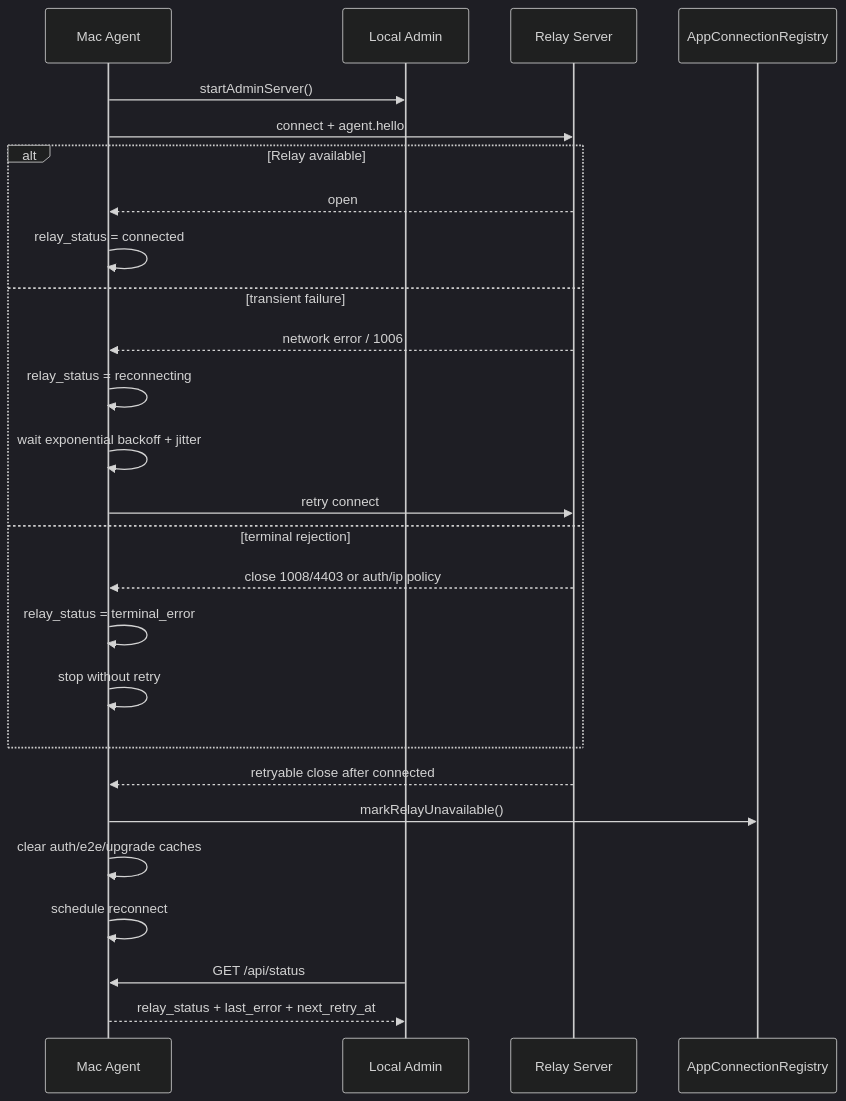
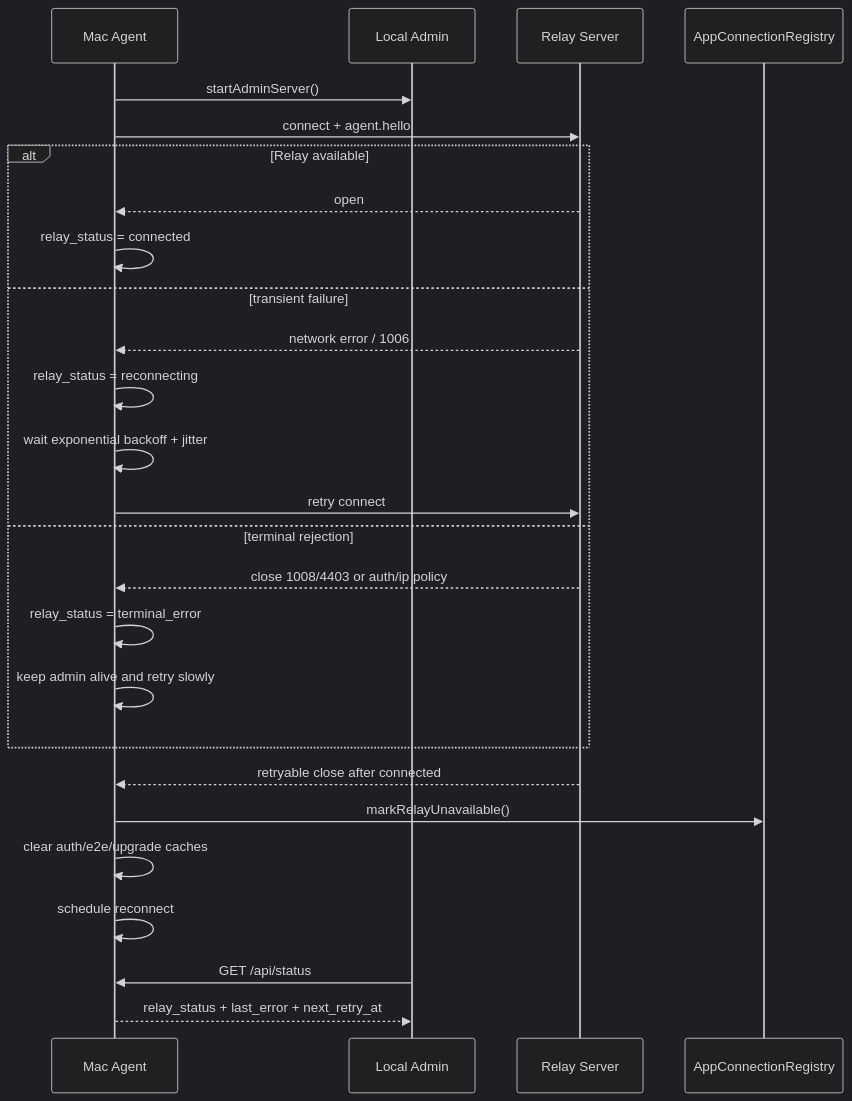
One commit to zhangbozhb/OmniWork changed the second of 2 diagrams in docs/app-installation.md. Above: the diagram before and after it, drawn with Mermaid (dark theme). The commit also changed other lines of this file and 1 other file, not shown here.

Commit message:
fix(mac-agent): keep agent alive on relay failures

````diff
--- a/docs/app-installation.md
+++ b/docs/app-installation.md
@@ -331,30 +331,30 @@
 ```mermaid
 sequenceDiagram
     participant Agent as Mac Agent
     participant Admin as Local Admin
     participant Relay as Relay Server
     participant Registry as AppConnectionRegistry
 
     Agent->>Admin: startAdminServer()
     Agent->>Relay: connect + agent.hello
     alt Relay available
         Relay-->>Agent: open
         Agent->>Agent: relay_status = connected
     else transient failure
         Relay-->>Agent: network error / 1006
         Agent->>Agent: relay_status = reconnecting
         Agent->>Agent: wait exponential backoff + jitter
         Agent->>Relay: retry connect
     else terminal rejection
         Relay-->>Agent: close 1008/4403 or auth/ip policy
         Agent->>Agent: relay_status = terminal_error
-        Agent->>Agent: stop without retry
+        Agent->>Agent: keep admin alive and retry slowly
     end
 
     Relay-->>Agent: retryable close after connected
     Agent->>Registry: markRelayUnavailable()
     Agent->>Agent: clear auth/e2e/upgrade caches
     Agent->>Agent: schedule reconnect
     Admin->>Agent: GET /api/status
     Agent-->>Admin: relay_status + last_error + next_retry_at
 ```
````
